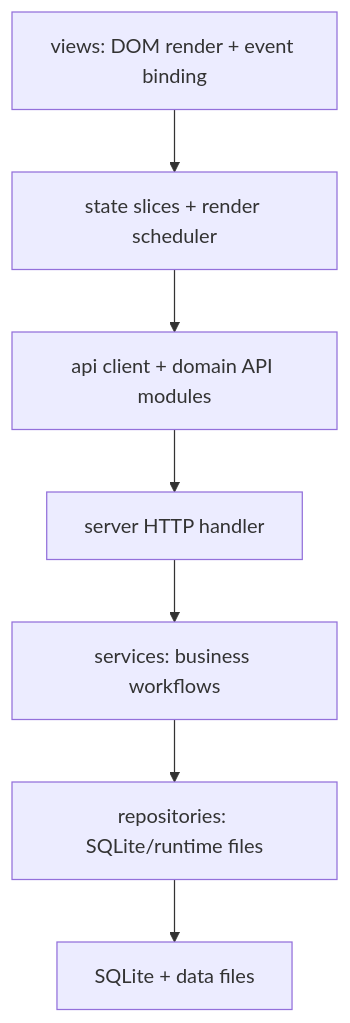
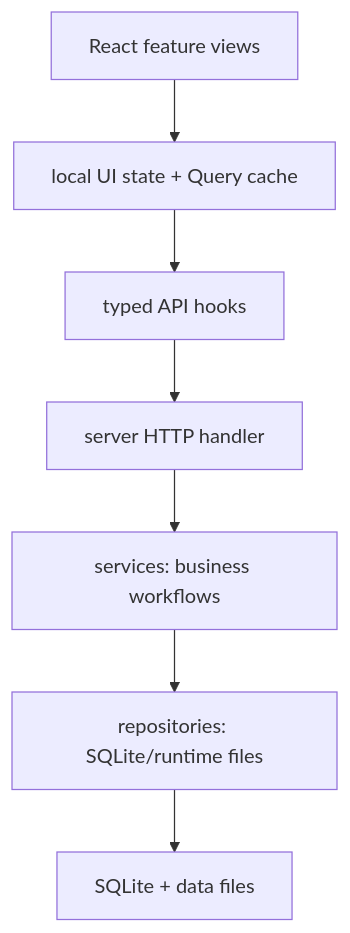
One commit to Hugo-YH/CageLedger changed the diagram in docs/contracts/module-boundaries.md. Above: the diagram before and after it, drawn with Mermaid. The commit also changed other lines of this file and 128 other files, not shown here.

````diff
--- a/docs/contracts/module-boundaries.md
+++ b/docs/contracts/module-boundaries.md
@@ -8,9 +8,9 @@
 ```mermaid
 graph TD
-    UI["views: DOM render + event binding"] --> State["state slices + render scheduler"]
-    State --> Api["api client + domain API modules"]
+    UI["React feature views"] --> State["local UI state + Query cache"]
+    State --> Api["typed API hooks"]
     Api --> Http["server HTTP handler"]
     Http --> Service["services: business workflows"]
     Service --> Repo["repositories: SQLite/runtime files"]
     Repo --> DB["SQLite + data files"]
 ```
````
